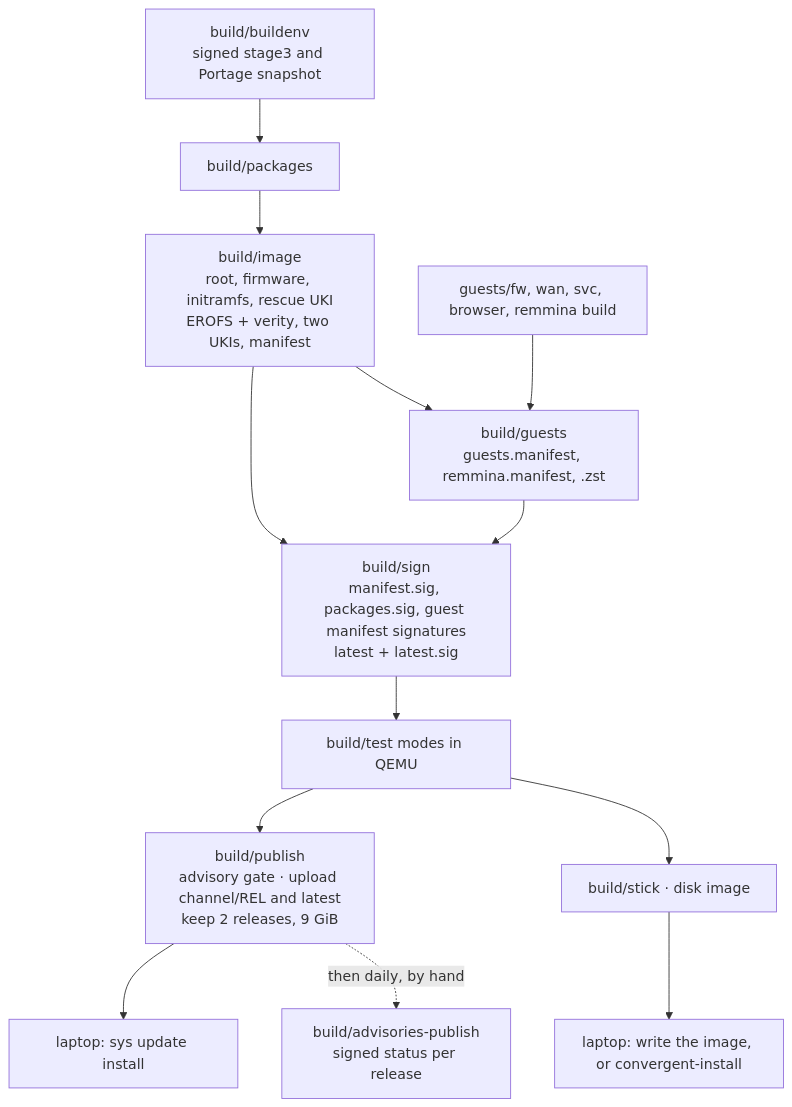
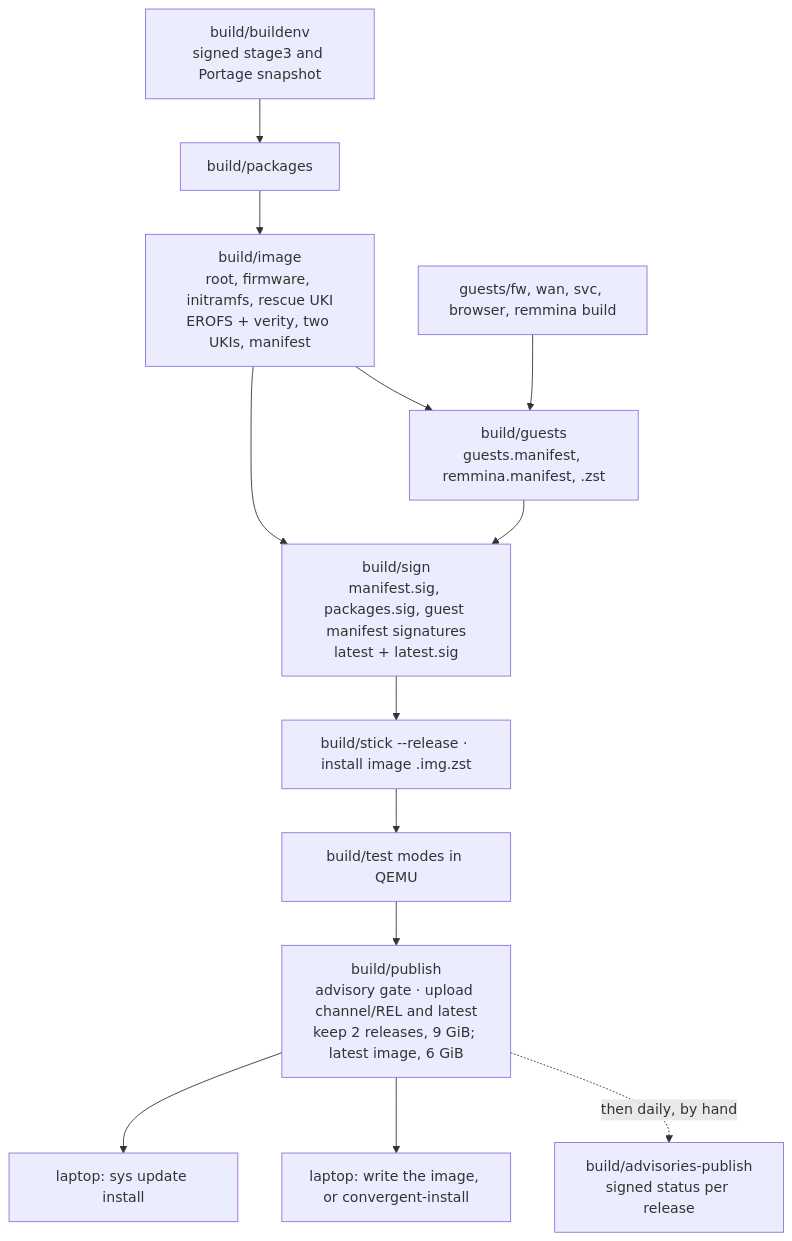
The diagram in BUILD.md (svkadmin/convergent), drawn with Mermaid before and after one commit. The commit also changed other lines of this file and 8 other files, not shown here.

````diff
--- a/BUILD.md
+++ b/BUILD.md
@@ -8,22 +8,22 @@
 ```mermaid
 flowchart TD
   E["build/buildenv<br/>signed stage3 and Portage snapshot"]
   P["build/packages"]
   I["build/image<br/>root, firmware, initramfs, rescue UKI<br/>EROFS + verity, two UKIs, manifest"]
   G["guests/fw, wan, svc, browser, remmina build"]
   GM["build/guests<br/>guests.manifest, remmina.manifest, .zst"]
   S["build/sign<br/>manifest.sig, packages.sig, guest manifest signatures<br/>latest + latest.sig"]
   T["build/test modes in QEMU"]
-  PU["build/publish<br/>advisory gate · upload channel/REL and latest<br/>keep 2 releases, 9 GiB"]
-  ST["build/stick · disk image"]
+  PU["build/publish<br/>advisory gate · upload channel/REL and latest<br/>keep 2 releases, 9 GiB; latest image, 6 GiB"]
+  ST["build/stick --release · install image .img.zst"]
   L["laptop: sys update install"]
   N["laptop: write the image, or convergent-install"]
   A["build/advisories-publish<br/>signed status per release"]
   E --> P --> I --> S
   G --> GM --> S
   I --> GM
-  S --> T
+  S --> ST --> T
   T --> PU --> L
-  T --> ST --> N
+  PU --> N
   PU -.->|"then daily, by hand"| A
 ```
````
